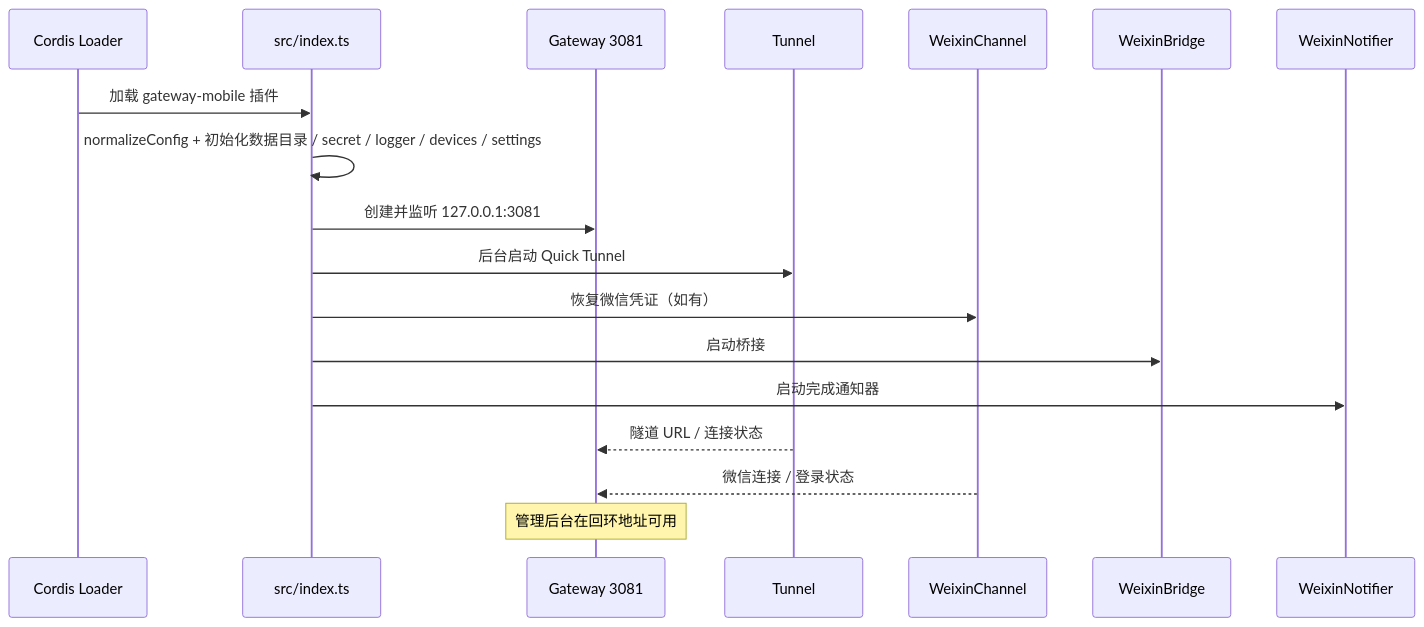
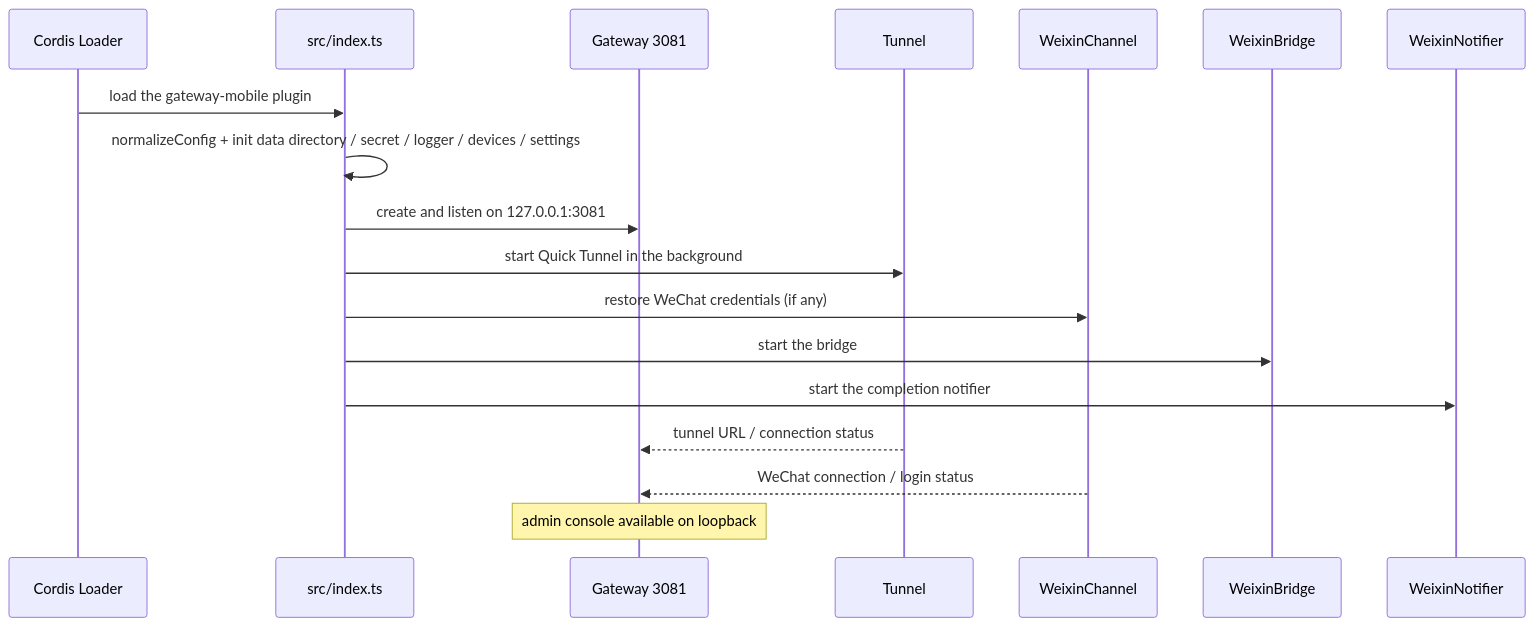
One commit to open2ai/dsh-gateway-mobile changed the third of 10 diagrams in docs/architecture-flow.md. Above: the diagram before and after it, drawn with Mermaid. The commit also changed other lines of this file and 85 other files, not shown here.

Commit message:
feat: harden gateway for long-running use and simplify the admin console. Version 0.1.4; changes are additive and backward compatible.

````diff
--- a/docs/architecture-flow.md
+++ b/docs/architecture-flow.md
@@ -149,21 +151,21 @@
 ```mermaid
 sequenceDiagram
   participant L as Cordis Loader
   participant I as src/index.ts
   participant G as Gateway 3081
   participant T as Tunnel
   participant W as WeixinChannel
   participant B as WeixinBridge
   participant N as WeixinNotifier
 
-  L->>I: 加载 gateway-mobile 插件
-  I->>I: normalizeConfig + 初始化数据目录 / secret / logger / devices / settings
-  I->>G: 创建并监听 127.0.0.1:3081
-  I->>T: 后台启动 Quick Tunnel
-  I->>W: 恢复微信凭证（如有）
-  I->>B: 启动桥接
-  I->>N: 启动完成通知器
-  T-->>G: 隧道 URL / 连接状态
-  W-->>G: 微信连接 / 登录状态
-  Note over G: 管理后台在回环地址可用
+  L->>I: load the gateway-mobile plugin
+  I->>I: normalizeConfig + init data directory / secret / logger / devices / settings
+  I->>G: create and listen on 127.0.0.1:3081
+  I->>T: start Quick Tunnel in the background
+  I->>W: restore WeChat credentials (if any)
+  I->>B: start the bridge
+  I->>N: start the completion notifier
+  T-->>G: tunnel URL / connection status
+  W-->>G: WeChat connection / login status
+  Note over G: admin console available on loopback
 ```
````
